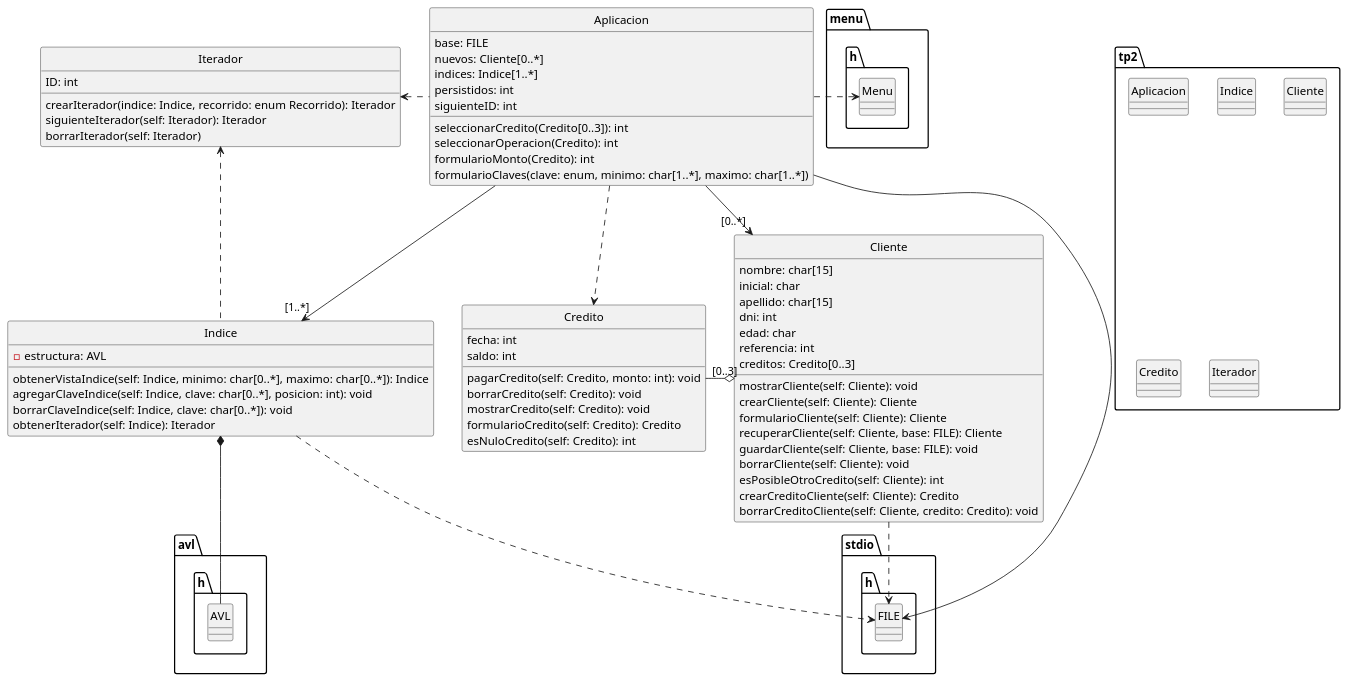
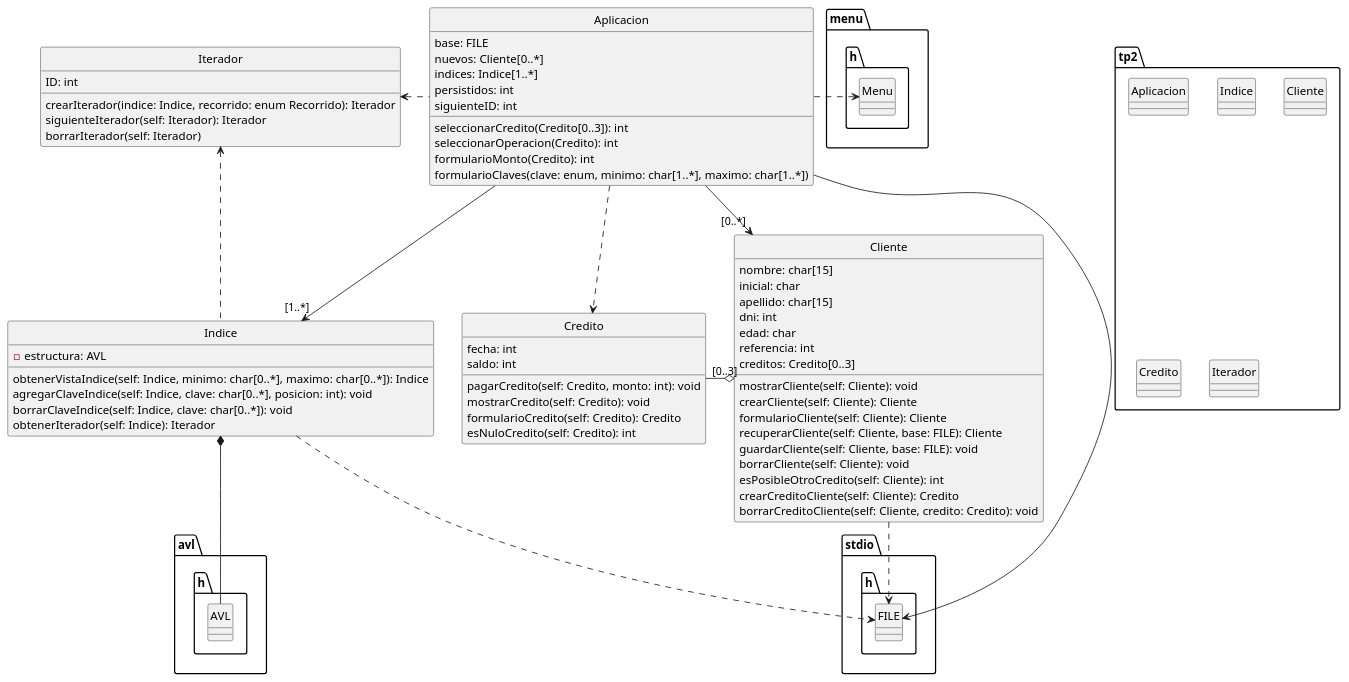
Before and after one commit to HeraclitoDeEfeso/TP-final-parte-2: the diagram in diagrama.puml, drawn with PlantUML. The commit also changed 1 other file, not shown here.

Commit message:
Credito: elimino borrarCredito

```diff
--- a/diagrama.puml
+++ b/diagrama.puml
@@ -1,93 +1,92 @@
 @startuml
 
 package tp2 <<Folder>> {
-    class Aplicacion 
+    class Aplicacion
     class Indice
     class Cliente
     class Credito
     class Iterador
 }
 
 package stdio.h <<Folder>> {
     class FILE
 }
 
 package avl.h <<Folder>> {
     class AVL
 }
 
 package menu.h <<Folder>> {
     class Menu
 }
 
 class Aplicacion {
 	base: FILE
 	nuevos: Cliente[0..*]
 	indices: Indice[1..*]
 	persistidos: int
 	siguienteID: int
 	seleccionarCredito(Credito[0..3]): int
 	seleccionarOperacion(Credito): int
 	formularioMonto(Credito): int
 	formularioClaves(clave: enum, minimo: char[1..*], maximo: char[1..*])
 }
 
 class Cliente {
 	nombre: char[15]
  	inicial: char
 	apellido: char[15]
 	dni: int
 	edad: char
 	referencia: int
 	creditos: Credito[0..3]
 	mostrarCliente(self: Cliente): void
 	crearCliente(self: Cliente): Cliente
 	formularioCliente(self: Cliente): Cliente
 	recuperarCliente(self: Cliente, base: FILE): Cliente
 	guardarCliente(self: Cliente, base: FILE): void
 	borrarCliente(self: Cliente): void
 	esPosibleOtroCredito(self: Cliente): int
 	crearCreditoCliente(self: Cliente): Credito
 	borrarCreditoCliente(self: Cliente, credito: Credito): void
 }
 
 class Credito {
 	fecha: int
   	saldo: int
 	pagarCredito(self: Credito, monto: int): void
-	borrarCredito(self: Credito): void
 	mostrarCredito(self: Credito): void
 	formularioCredito(self: Credito): Credito
 	esNuloCredito(self: Credito): int
 }
 
 class Indice {
 	-estructura: AVL
 	obtenerVistaIndice(self: Indice, minimo: char[0..*], maximo: char[0..*]): Indice
 	agregarClaveIndice(self: Indice, clave: char[0..*], posicion: int): void
 	borrarClaveIndice(self: Indice, clave: char[0..*]): void
 	obtenerIterador(self: Indice): Iterador
 }
 
 class Iterador {
 	ID: int
 	crearIterador(indice: Indice, recorrido: enum Recorrido): Iterador
 	siguienteIterador(self: Iterador): Iterador
-	borrarIterador(self: Iterador)	
+	borrarIterador(self: Iterador)
 }
 
 Aplicacion .left.> Menu
 Aplicacion --> "[1..*]" Indice
 Aplicacion --> FILE
 Aplicacion --> "[0..*]" Cliente
 Aplicacion ..> Credito
 Cliente o-left- "[0..3]" Credito
 Cliente ..> FILE
 Indice ..> FILE
 Indice *-down- AVL
 Indice .up.> Iterador
 Aplicacion .left.> Iterador
 
 hide class circle
 
 @enduml
```
